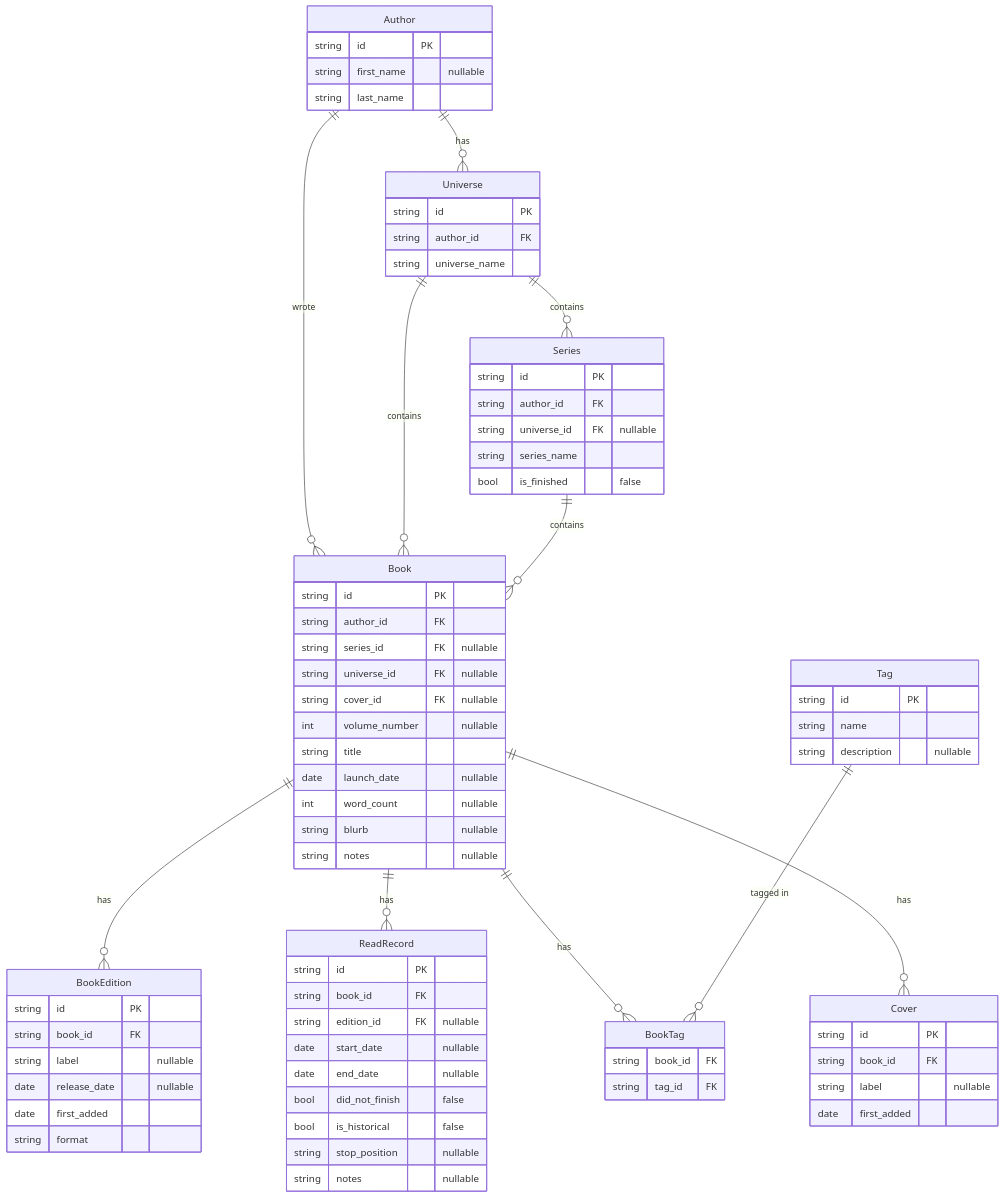
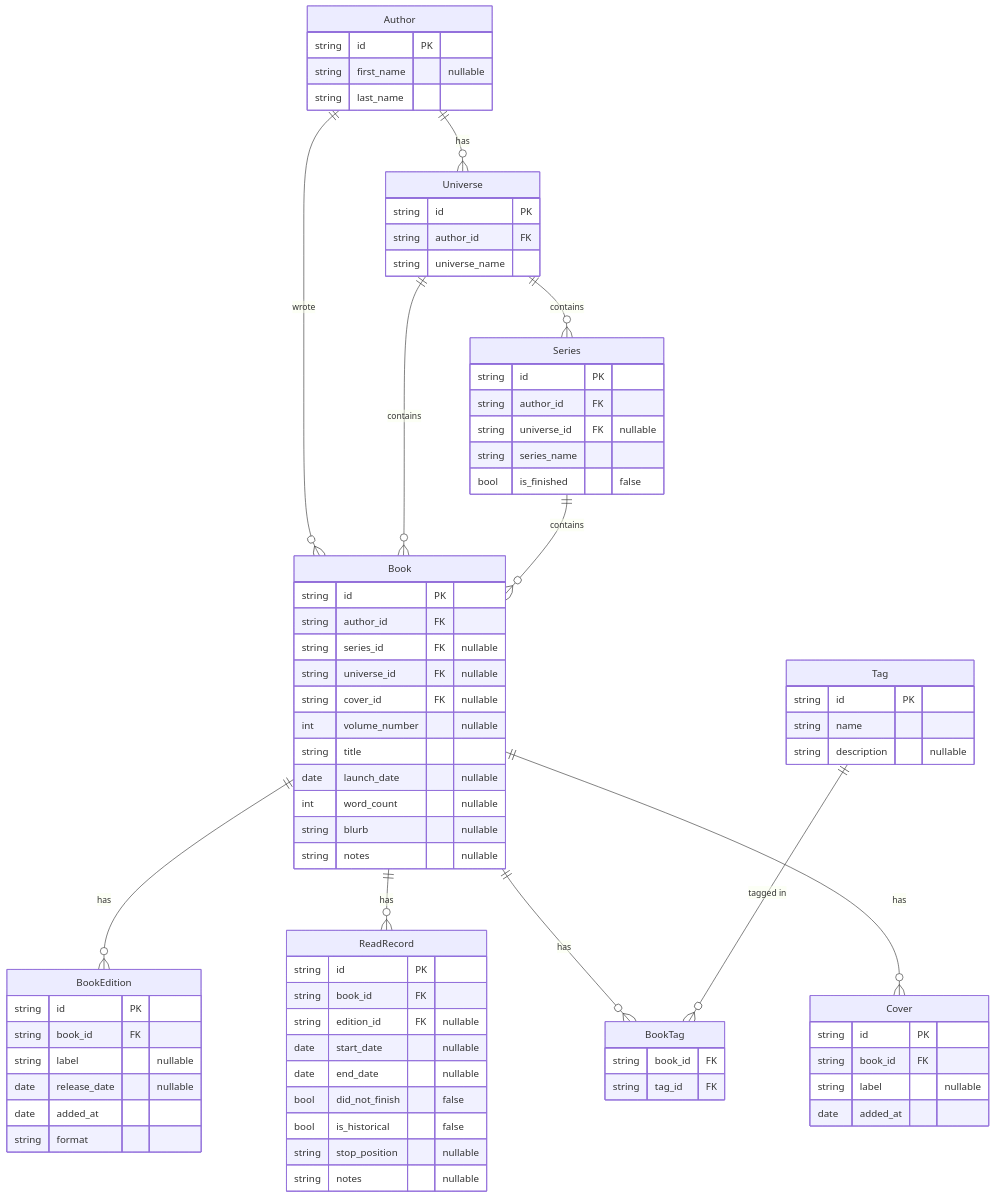
One commit to jovanni0/CrystalCage changed the second of 2 diagrams in docs/database-model.md. Above: the diagram before and after it, drawn with Mermaid. The commit also changed 2 other files, not shown here.

Commit message:
docs: connection pooling and `search_path` leakage

```diff
--- a/docs/database-model.md
+++ b/docs/database-model.md
@@ -64,7 +64,7 @@
     string book_id            FK
     string label                 "nullable"
     date   release_date          "nullable"
-    date   first_added
+    date   added_at
     string format
 }
 
@@ -95,7 +95,7 @@
     string id           PK
     string book_id      FK
     string label           "nullable"
-    date   first_added
+    date   added_at
 }
 
 Author   ||--o{ Universe    : "has"
```
